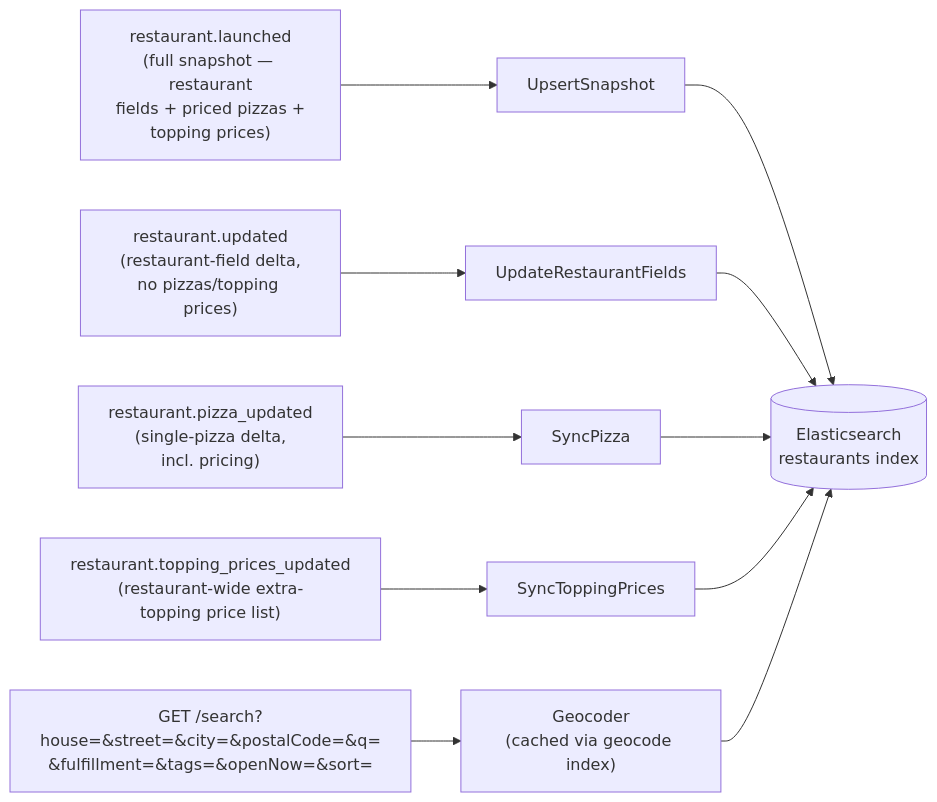
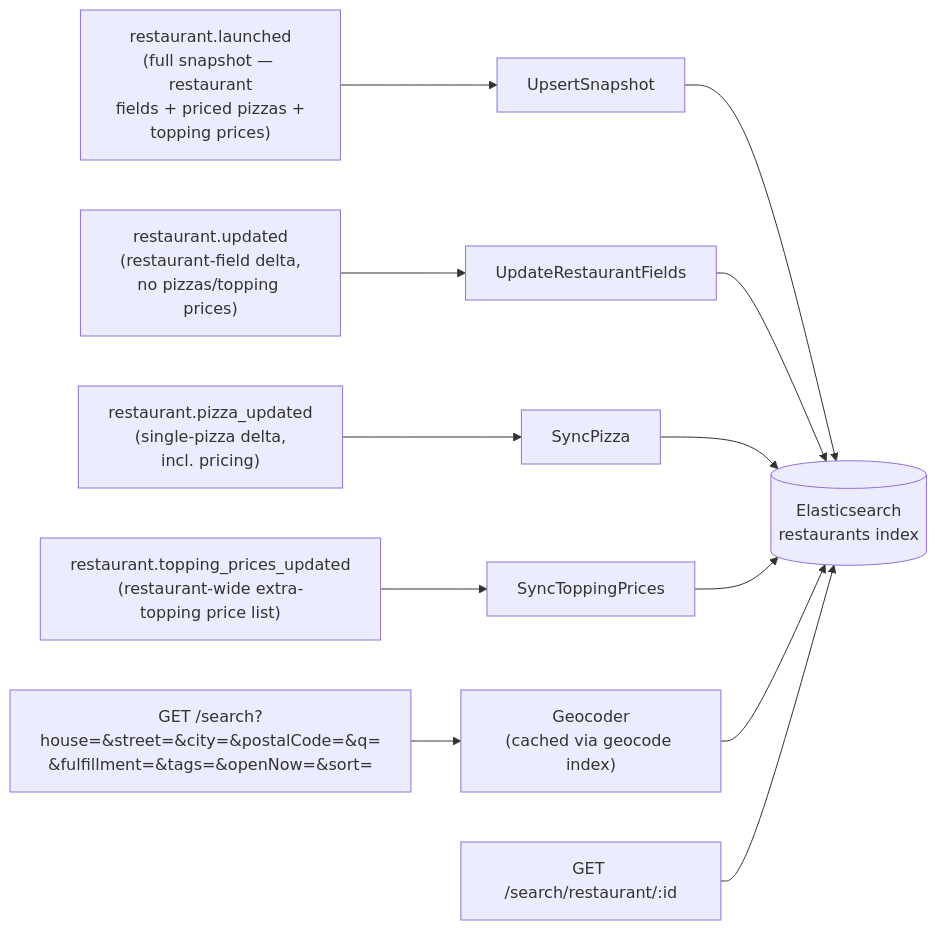
The diagram in docs/services/search-service.md (tarique-iqbal/pizza-marketplace), drawn with Mermaid before and after one commit. The commit also changed other lines of this file and 1 other file, not shown here.

Commit message:
docs: document restaurant lookup and fulfillment default

````diff
--- a/docs/services/search-service.md
+++ b/docs/services/search-service.md
@@ -211,13 +224,14 @@
 ```mermaid
 flowchart LR
     E1["restaurant.launched\n(full snapshot — restaurant\nfields + priced pizzas +\ntopping prices)"] --> H1["UpsertSnapshot"]
     E2["restaurant.updated\n(restaurant-field delta,\nno pizzas/topping prices)"] --> H2["UpdateRestaurantFields"]
     E3["restaurant.pizza_updated\n(single-pizza delta,\nincl. pricing)"] --> H3["SyncPizza"]
     E4["restaurant.topping_prices_updated\n(restaurant-wide extra-\ntopping price list)"] --> H4["SyncToppingPrices"]
     H1 --> ES[("Elasticsearch\nrestaurants index")]
     H2 --> ES
     H3 --> ES
     H4 --> ES
     API["GET /search?house=&street=&city=&postalCode=&q=\n&fulfillment=&tags=&openNow=&sort="] --> GEO["Geocoder\n(cached via geocode index)"]
     GEO --> ES
+    API2["GET /search/restaurant/:id"] --> ES
 ```
````
